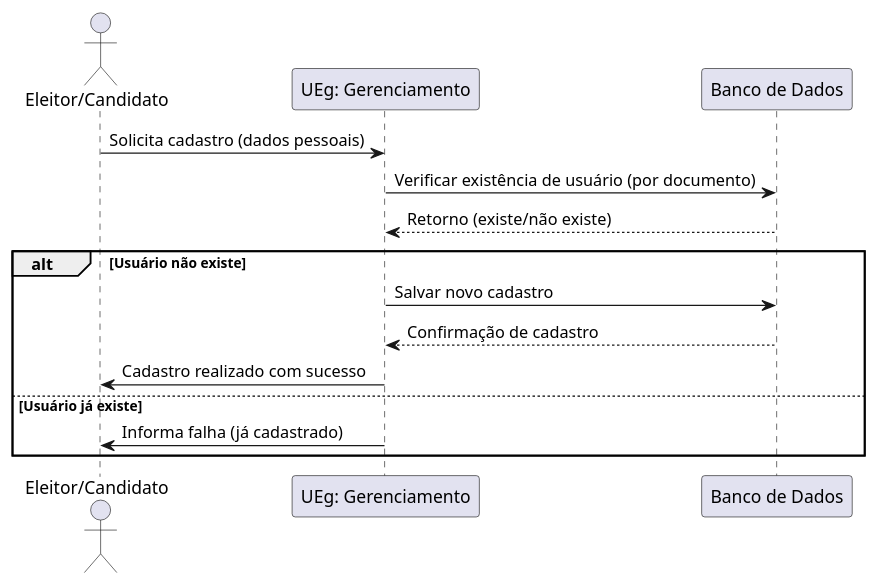
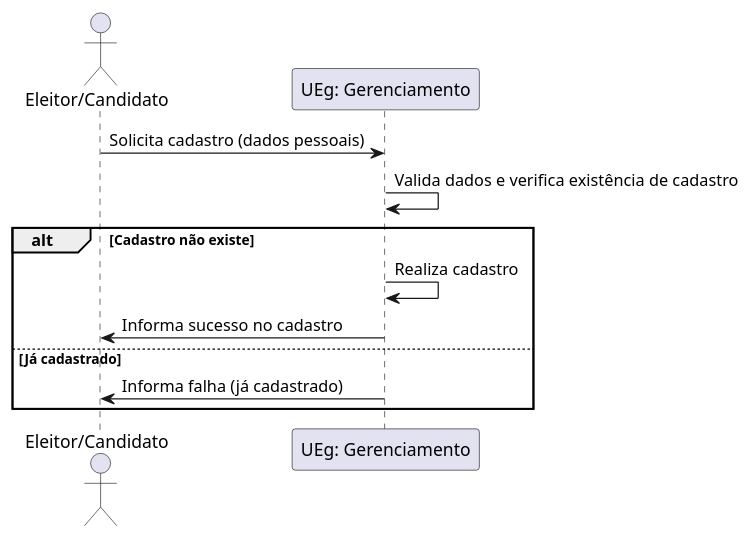
One commit to LarissaFiuza7/Projeto-Elei-o changed the diagram in cadastrar_eleitor_candidato.pu. Above: the diagram before and after it, drawn with PlantUML. The commit also changed 5 other files, not shown here.

Commit message:
diagrama sequencia v2

```diff
--- a/cadastrar_eleitor_candidato.pu
+++ b/cadastrar_eleitor_candidato.pu
@@ -1,16 +1,13 @@
 @startuml
 actor "Eleitor/Candidato" as Usuario
 participant "UEg: Gerenciamento" as UEg
-participant "Banco de Dados" as BD
 
 Usuario -> UEg : Solicita cadastro (dados pessoais)
-UEg -> BD : Verificar existência de usuário (por documento)
-BD --> UEg : Retorno (existe/não existe)
-alt Usuário não existe
-    UEg -> BD : Salvar novo cadastro
-    BD --> UEg : Confirmação de cadastro
-    UEg -> Usuario : Cadastro realizado com sucesso
-else Usuário já existe
+UEg -> UEg : Valida dados e verifica existência de cadastro
+alt Cadastro não existe
+    UEg -> UEg : Realiza cadastro
+    UEg -> Usuario : Informa sucesso no cadastro
+else Já cadastrado
     UEg -> Usuario : Informa falha (já cadastrado)
 end
 @enduml
```
